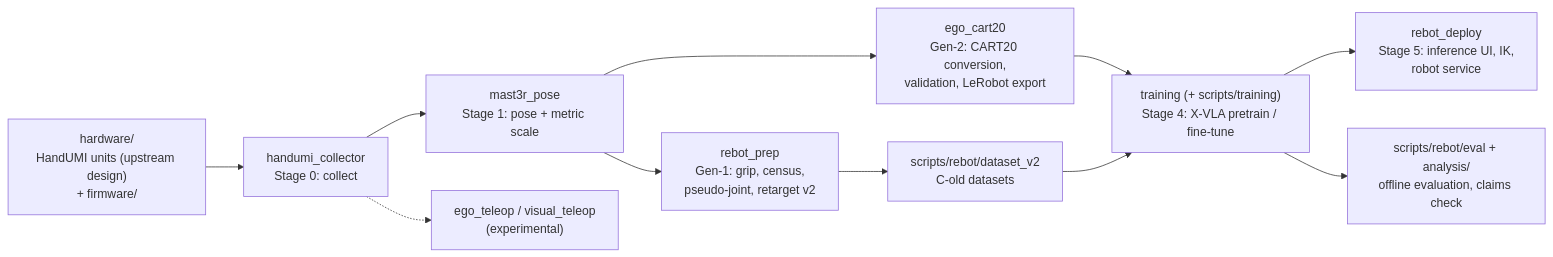
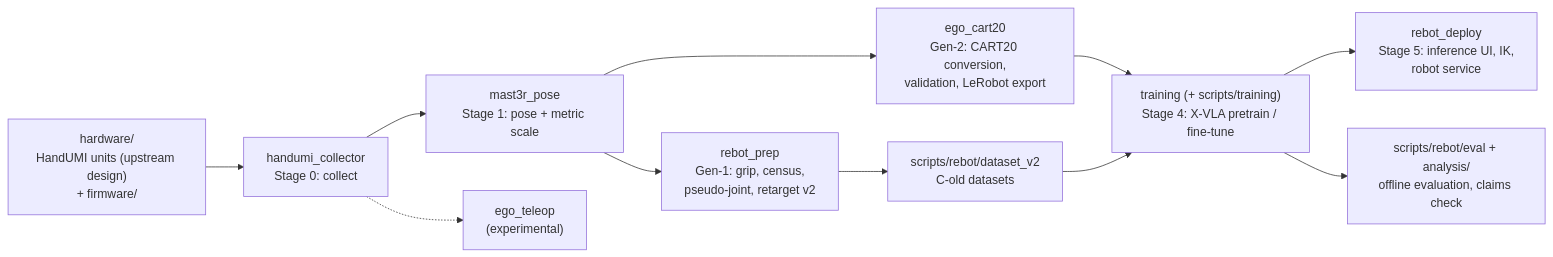
The diagram in README.md (physical-ai-robot-learning/egocentric-cube-stacking), drawn with Mermaid before and after one commit. The commit also changed other lines of this file and 218 other files, not shown here.

````diff
--- a/README.md
+++ b/README.md
@@ -49,13 +49,13 @@
 ```mermaid
 flowchart LR
   HW["hardware/<br/>HandUMI units (upstream design)<br/>+ firmware/"] --> C["handumi_collector<br/>Stage 0: collect"]
   C --> P["mast3r_pose<br/>Stage 1: pose + metric scale"]
   P --> G1["rebot_prep<br/>Gen-1: grip, census,<br/>pseudo-joint, retarget v2"]
   P --> G2["ego_cart20<br/>Gen-2: CART20 conversion,<br/>validation, LeRobot export"]
   G1 --> D1["scripts/rebot/dataset_v2<br/>C-old datasets"]
   G2 --> T["training (+ scripts/training)<br/>Stage 4: X-VLA pretrain / fine-tune"]
   D1 --> T
   T --> DEP["rebot_deploy<br/>Stage 5: inference UI, IK,<br/>robot service"]
   T --> EV["scripts/rebot/eval + analysis/<br/>offline evaluation, claims check"]
-  C -.-> X["ego_teleop / visual_teleop<br/>(experimental)"]
+  C -.-> X["ego_teleop<br/>(experimental)"]
 ```
````
